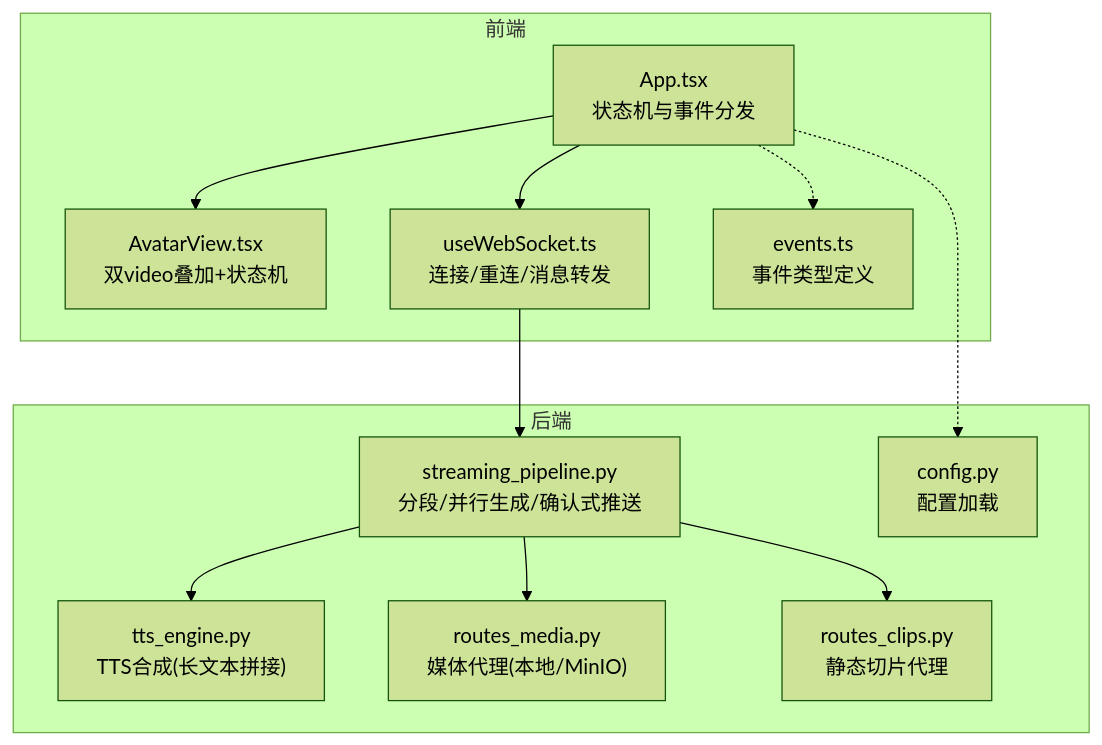
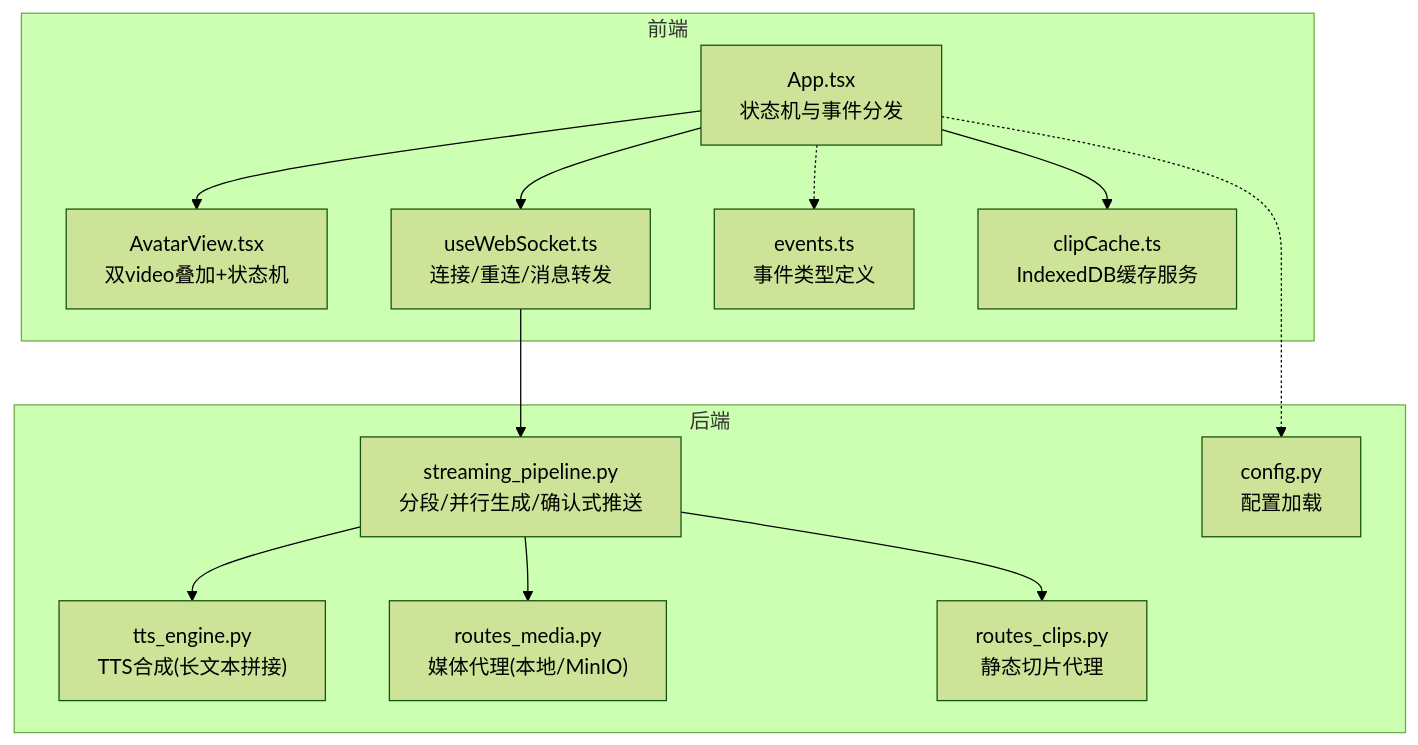
Before and after one commit to leo21cn/real-time-talk: the first of 6 diagrams in .qoder/repowiki/zh/content/前端应用/虚拟形象系统.md, drawn with Mermaid (forest theme). The commit also changed other lines of this file and 9 other files, not shown here.

````diff
--- a/.qoder/repowiki/zh/content/前端应用/虚拟形象系统.md
+++ b/.qoder/repowiki/zh/content/前端应用/虚拟形象系统.md
@@ -35,24 +45,26 @@
 ```mermaid
 graph TB
 subgraph "前端"
 A["App.tsx<br/>状态机与事件分发"]
 B["AvatarView.tsx<br/>双video叠加+状态机"]
 C["useWebSocket.ts<br/>连接/重连/消息转发"]
 D["events.ts<br/>事件类型定义"]
+E["clipCache.ts<br/>IndexedDB缓存服务"]
 end
 subgraph "后端"
-E["streaming_pipeline.py<br/>分段/并行生成/确认式推送"]
-F["tts_engine.py<br/>TTS合成(长文本拼接)"]
-G["routes_media.py<br/>媒体代理(本地/MinIO)"]
-H["routes_clips.py<br/>静态切片代理"]
-I["config.py<br/>配置加载"]
+F["streaming_pipeline.py<br/>分段/并行生成/确认式推送"]
+G["tts_engine.py<br/>TTS合成(长文本拼接)"]
+H["routes_media.py<br/>媒体代理(本地/MinIO)"]
+I["routes_clips.py<br/>静态切片代理"]
+J["config.py<br/>配置加载"]
 end
 A --> B
 A --> C
-C --> E
-E --> F
-E --> G
-E --> H
+A --> E
+C --> F
+F --> G
+F --> H
+F --> I
 A -.-> D
-A -.-> I
+A -.-> J
 ```
````
